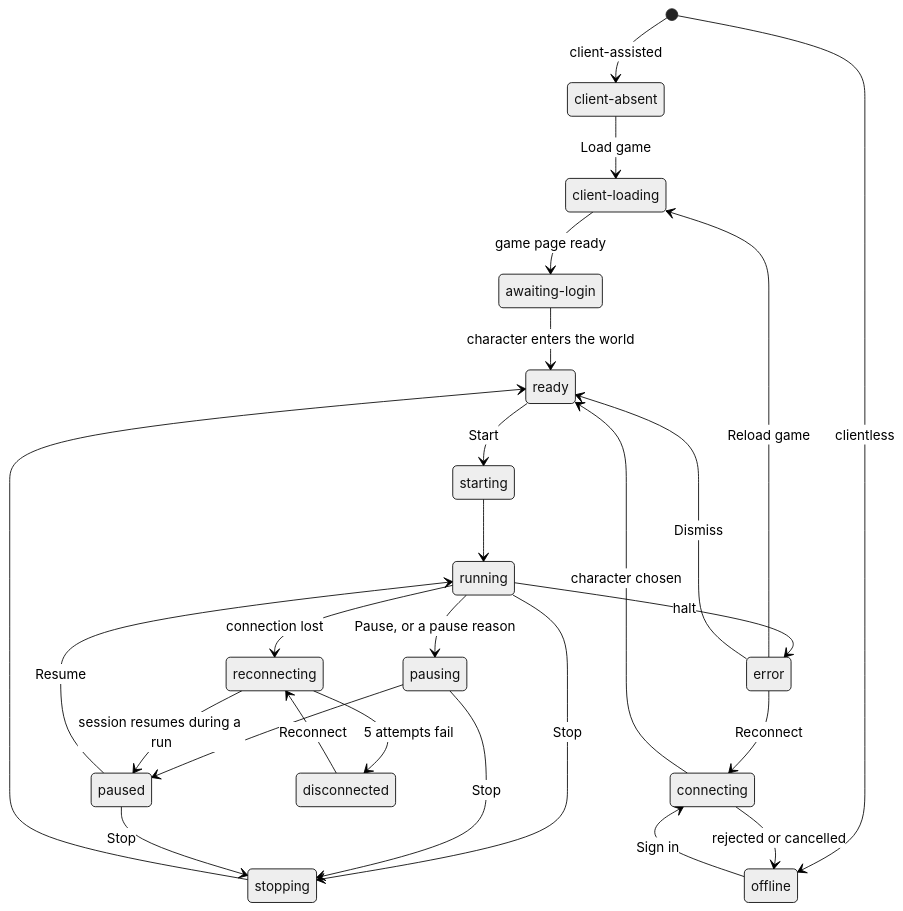
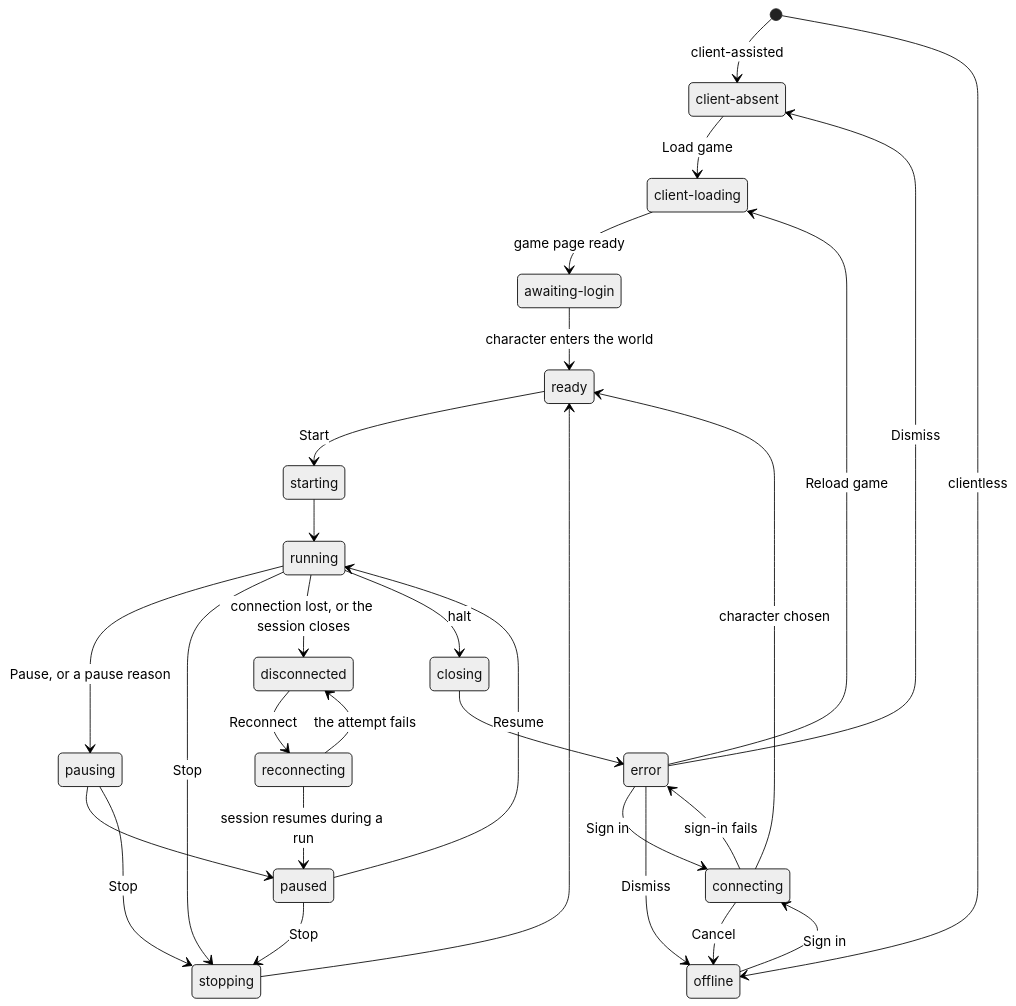
Before and after one commit to oDestroyeRo/opentrickster: the diagram in DESIGN.md, drawn with Mermaid (neutral theme). The commit also changed other lines of this file and 7 other files, not shown here.

````diff
--- a/DESIGN.md
+++ b/DESIGN.md
@@ -80,31 +80,34 @@
 ```mermaid
 stateDiagram-v2
   state "client-absent" as absent
   state "client-loading" as loading
   state "awaiting-login" as login
   [*] --> absent: client-assisted
   [*] --> offline: clientless
   absent --> loading: Load game
   loading --> login: game page ready
   login --> ready: character enters the world
   offline --> connecting: Sign in
   connecting --> ready: character chosen
-  connecting --> offline: rejected or cancelled
+  connecting --> offline: Cancel
+  connecting --> error: sign-in fails
   ready --> starting: Start
   starting --> running
   running --> pausing: Pause, or a pause reason
   pausing --> paused
   paused --> running: Resume
   running --> stopping: Stop
   pausing --> stopping: Stop
   paused --> stopping: Stop
   stopping --> ready
-  running --> reconnecting: connection lost
+  running --> disconnected: connection lost, or the session closes
+  disconnected --> reconnecting: Reconnect
   reconnecting --> paused: session resumes during a run
-  reconnecting --> disconnected: 5 attempts fail
-  disconnected --> reconnecting: Reconnect
-  running --> error: halt
+  reconnecting --> disconnected: the attempt fails
+  running --> closing: halt
+  closing --> error
   error --> loading: Reload game
-  error --> connecting: Reconnect
-  error --> ready: Dismiss
+  error --> connecting: Sign in
+  error --> absent: Dismiss
+  error --> offline: Dismiss
 ```
````
